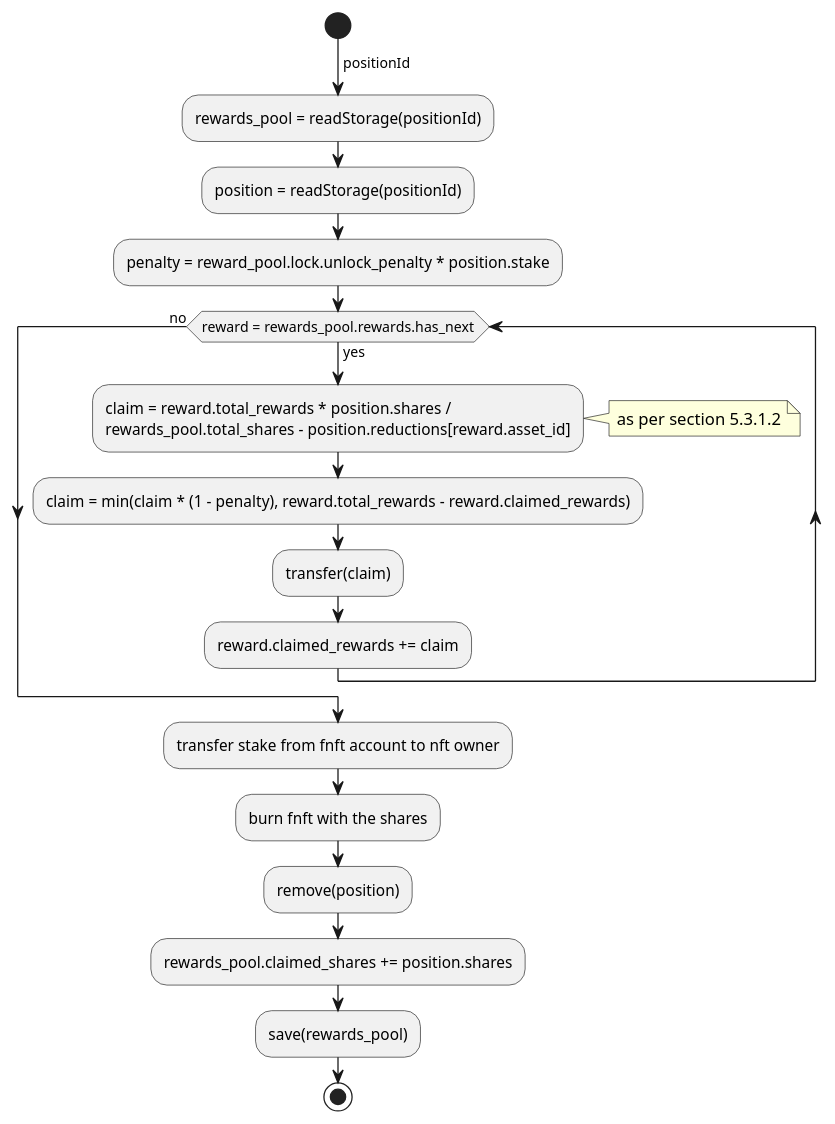
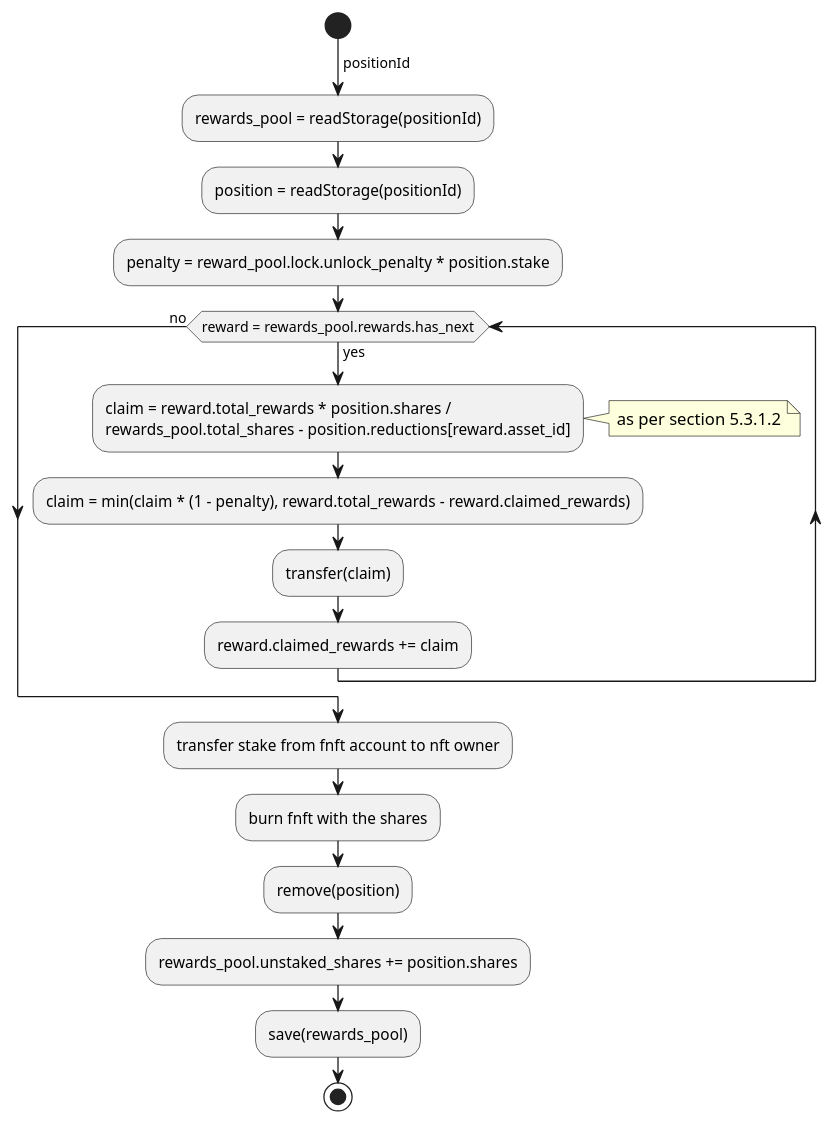
One commit to ComposableFi/composable changed the seventh of 11 diagrams in rfcs/0005-pablo-distribution-assets/0005-pablo-distribution.adoc. Above: the diagram before and after it, drawn with PlantUML. The commit also changed other lines of this file and 3 other files, not shown here.

Commit message:
[PBL-295] Redistribute rewards earned by unstaked_shares

```diff
--- a/rfcs/0005-pablo-distribution-assets/0005-pablo-distribution.adoc
+++ b/rfcs/0005-pablo-distribution-assets/0005-pablo-distribution.adoc
@@ -464,21 +498,21 @@
 [plantuml,images/unstake,png]
 ----
 start
 ->positionId;
 :rewards_pool = readStorage(positionId);
 :position = readStorage(positionId);
 :penalty = reward_pool.lock.unlock_penalty * position.stake;
 while (reward = rewards_pool.rewards.has_next) is (yes)
     :claim = reward.total_rewards * position.shares /\nrewards_pool.total_shares - position.reductions[reward.asset_id];
     note right: as per section 5.3.1.2
     :claim = min(claim * (1 - penalty), reward.total_rewards - reward.claimed_rewards);
     :transfer(claim);
     :reward.claimed_rewards += claim;
 endwhile (no)
 :transfer stake from fnft account to nft owner;
 :burn fnft with the shares;
 :remove(position);
-:rewards_pool.claimed_shares += position.shares;
+:rewards_pool.unstaked_shares += position.shares;
 :save(rewards_pool);
 stop
 ----
```
